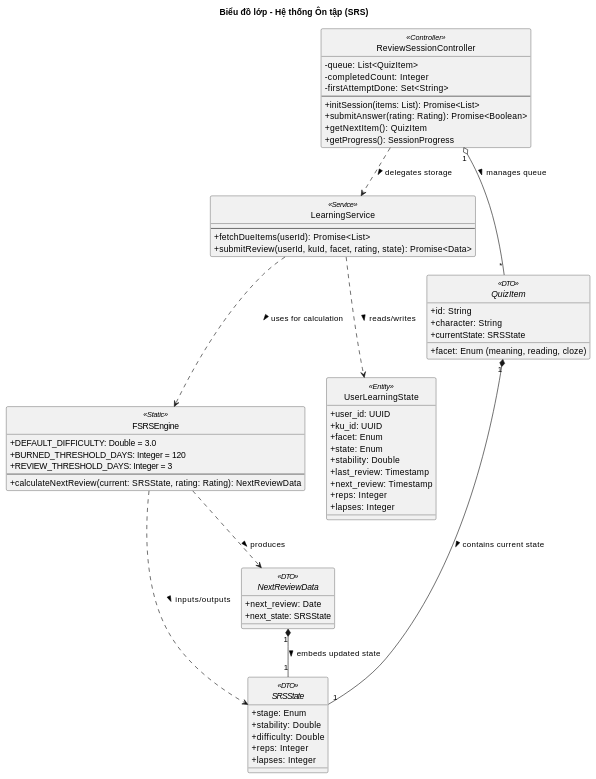
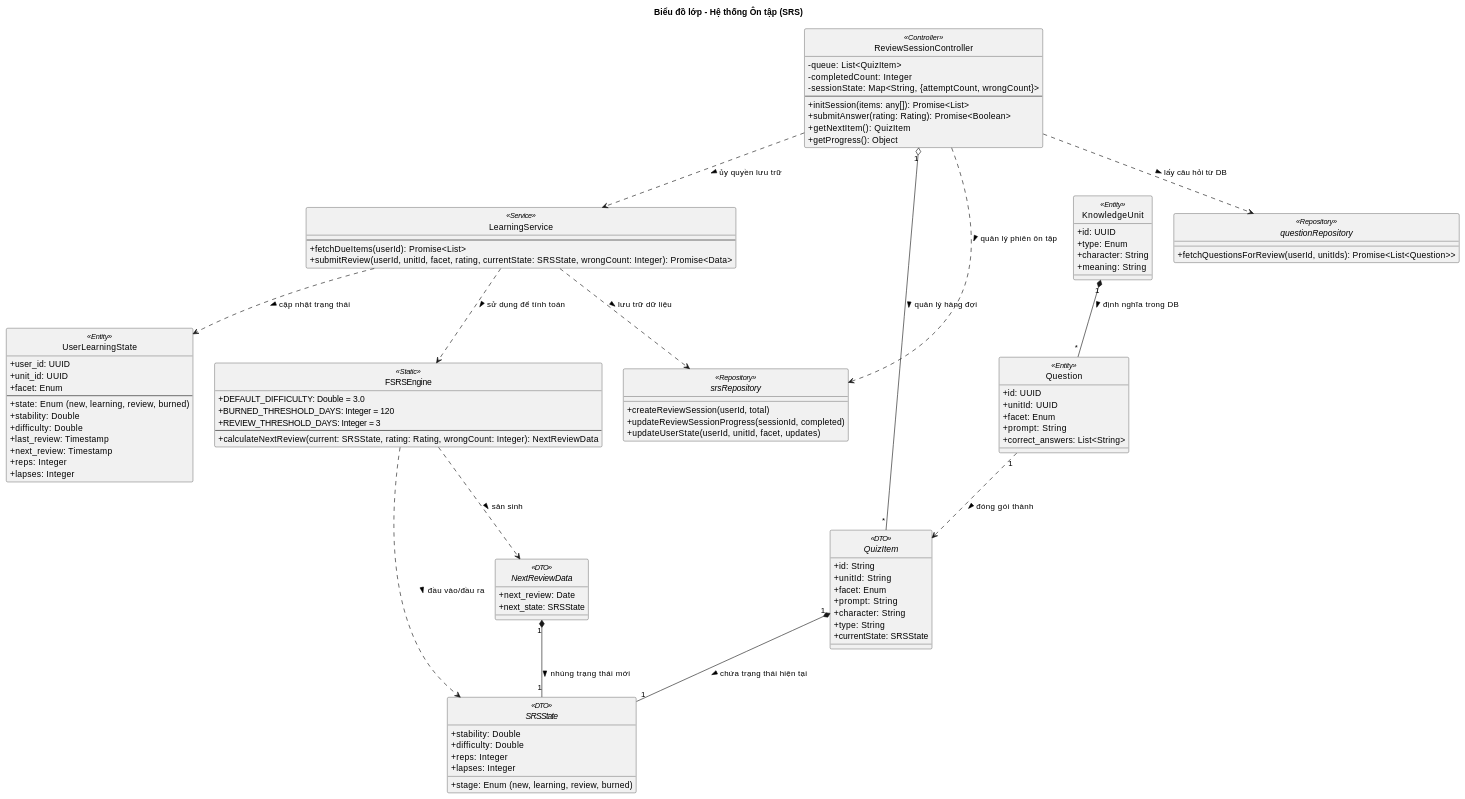
The diagram in docs/uncertain/class-diagram/review.md (anhtranguyen-github/Hanachan), drawn with PlantUML before and after one commit. The commit also changed other lines of this file and 20 other files, not shown here.

First line of the commit message:
docs(arch): update ER and package diagrams for Hanachan v2

````diff
--- a/docs/uncertain/class-diagram/review.md
+++ b/docs/uncertain/class-diagram/review.md
@@ -9,22 +9,21 @@
 skinparam shadowing false
 hide circle
 
-' --- Core Services ---
 class ReviewSessionController <<Controller>> {
   - queue: List<QuizItem>
   - completedCount: Integer
-  - firstAttemptDone: Set<String>
+  - sessionState: Map<String, {attemptCount, wrongCount}>
   --
-  + initSession(items: List): Promise<List>
+  + initSession(items: any[]): Promise<List>
   + submitAnswer(rating: Rating): Promise<Boolean>
   + getNextItem(): QuizItem
-  + getProgress(): SessionProgress
+  + getProgress(): Object
 }
 
 class LearningService <<Service>> {
   --
   + fetchDueItems(userId): Promise<List>
-  + submitReview(userId, kuId, facet, rating, state): Promise<Data>
+  + submitReview(userId, unitId, facet, rating, currentState: SRSState, wrongCount: Integer): Promise<Data>
 }
 
 class FSRSEngine <<Static>> {
@@ -32,19 +31,21 @@
   + BURNED_THRESHOLD_DAYS: Integer = 120
   + REVIEW_THRESHOLD_DAYS: Integer = 3
   --
-  + calculateNextReview(current: SRSState, rating: Rating): NextReviewData
+  + calculateNextReview(current: SRSState, rating: Rating, wrongCount: Integer): NextReviewData
 }
 
-' --- Data Structures (DTOs) ---
 interface QuizItem <<DTO>> {
   + id: String
+  + unitId: String
+  + facet: Enum
+  + prompt: String
   + character: String
-  + facet: Enum (meaning, reading, cloze)
+  + type: String
   + currentState: SRSState
 }
 
 interface SRSState <<DTO>> {
-  + stage: Enum
+  + stage: Enum (new, learning, review, burned)
   + stability: Double
   + difficulty: Double
   + reps: Integer
@@ -56,38 +57,72 @@
   + next_state: SRSState
 }
 
-' --- Persistance Domain ---
 class UserLearningState <<Entity>> {
   + user_id: UUID
-  + ku_id: UUID
+  + unit_id: UUID
   + facet: Enum
-  + state: Enum
+  --
+  + state: Enum (new, learning, review, burned)
   + stability: Double
+  + difficulty: Double
   + last_review: Timestamp
   + next_review: Timestamp
   + reps: Integer
   + lapses: Integer
 }
 
-' --- Relationships (The Glue) ---
+interface questionRepository <<Repository>> {
+  + fetchQuestionsForReview(userId, unitIds): Promise<List<Question>>
+}
 
-' Controller manages the flow of QuizItems
-ReviewSessionController "1" o-- "*" QuizItem : manages queue >
+' --- Content Domain ---
+class KnowledgeUnit <<Entity>> {
+  + id: UUID
+  + type: Enum
+  + character: String
+  + meaning: String
+}
 
-' Controller relies on LearningService for data persistence
-ReviewSessionController ..> LearningService : delegates storage >
+class Question <<Entity>> {
+  + id: UUID
+  + unitId: UUID
+  + facet: Enum
+  + prompt: String
+  + correct_answers: List<String>
+}
 
-' QuizItem carries the SRSState
-QuizItem "1" *-- "1" SRSState : contains current state >
+' --- Các mối quan hệ (Bộ khung kết nối) ---
 
-' LearningService is the orchestrator
-LearningService ..> FSRSEngine : uses for calculation >
-LearningService ..> UserLearningState : reads/writes >
+' Controller quản lý luồng Câu hỏi
+ReviewSessionController "1" o-- "*" QuizItem : quản lý hàng đợi >
 
-' FSRSEngine flows
-FSRSEngine ..> SRSState : inputs/outputs >
-FSRSEngine ..> NextReviewData : produces >
-NextReviewData "1" *-- "1" SRSState : embeds updated state >
+' Controller dựa vào Service và Repository
+ReviewSessionController ..> LearningService : ủy quyền lưu trữ >
+ReviewSessionController ..> questionRepository : lấy câu hỏi từ DB >
+
+' Content & Question Binding
+KnowledgeUnit "1" *-- "*" Question : định nghĩa trong DB >
+Question "1" ..> QuizItem : đóng gói thành >
+
+' Câu hỏi chứa trạng thái SRS
+QuizItem "1" *-- "1" SRSState : chứa trạng thái hiện tại >
+
+' LearningService là người điều phối
+LearningService ..> FSRSEngine : sử dụng để tính toán >
+LearningService ..> UserLearningState : cập nhật trạng thái >
+LearningService ..> srsRepository : lưu trữ dữ liệu >
+ReviewSessionController ..> srsRepository : quản lý phiên ôn tập >
+
+interface srsRepository <<Repository>> {
+  + createReviewSession(userId, total)
+  + updateReviewSessionProgress(sessionId, completed)
+  + updateUserState(userId, unitId, facet, updates)
+}
+
+' Luồng FSRSEngine
+FSRSEngine ..> SRSState : đầu vào/đầu ra >
+FSRSEngine ..> NextReviewData : sản sinh >
+NextReviewData "1" *-- "1" SRSState : nhúng trạng thái mới >
 
 @enduml
 ```
````
